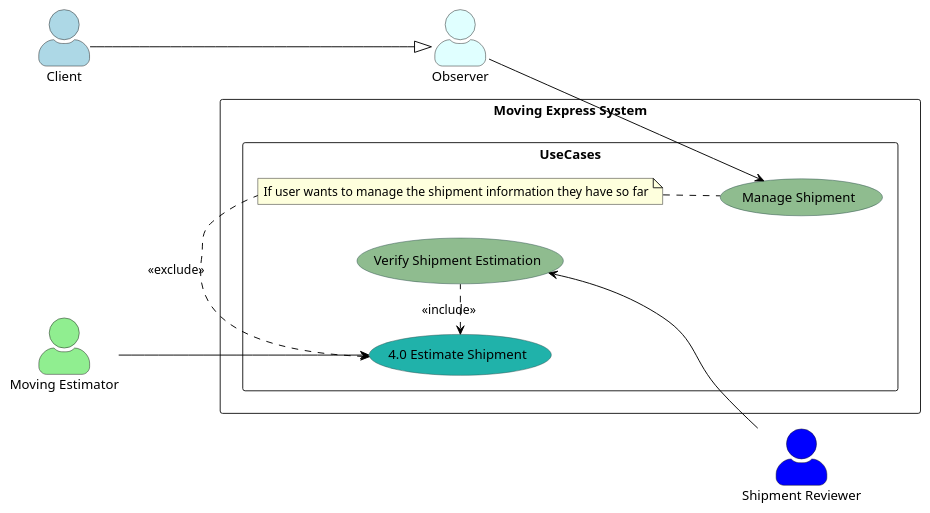
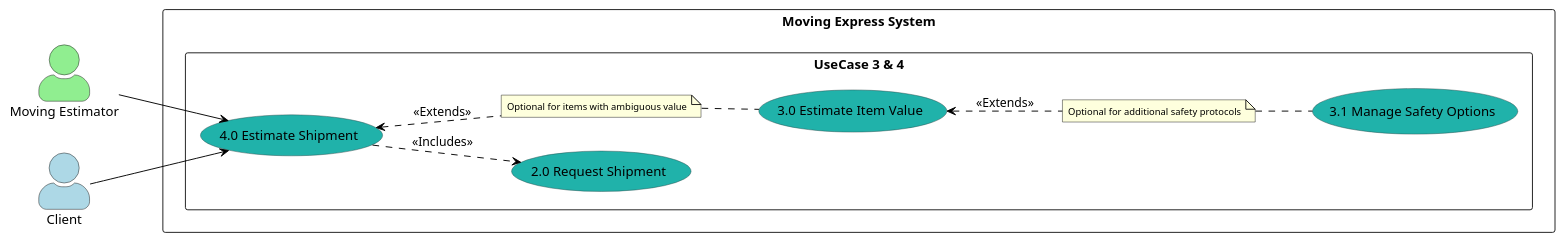
Before and after one commit to nic5694/MovingExpress: the diagram in Diagrams/UseCaseDiagrams/LoweLevel/UC4.puml, drawn with PlantUML. The commit also changed 1 other file, not shown here.

Commit message:
fused lower level use case 4 and 3

```diff
--- a/Diagrams/UseCaseDiagrams/LoweLevel/UC4.puml
+++ b/Diagrams/UseCaseDiagrams/LoweLevel/UC4.puml
@@ -1,40 +1,46 @@
 @startuml
 
 left to right direction
 skinparam actorStyle awesome
+
+skinparam note {
+ FontSize 10
+}
 skinparam usecase {
-    BackgroundColor DarkSeaGreen
-    BorderColor DarkSlateGray
-    ArrowColor Black
-    ActorBorderColor black
-    ActorFontName Courier
-    ActorBackgroundColor<< Human >> Gold
+   BackgroundColor DarkSeaGreen
+   BorderColor DarkSlateGray
+   ArrowColor Black
+   ActorBorderColor black
+   ActorBackgroundColor<< Human >> Gold
 }
 
+actor "Moving Estimator" as MovingEstimator #LightGreen
 actor Client as "Client" #LightBlue
-actor "Moving Estimator" as MovingEstimator #LightGreen
-actor "Shipment Reviewer" as ShipmentReviewer #Blue
-actor "Observer" as Observer #LightCyan
 
 rectangle "Moving Express System" {
-    rectangle UseCases {
-      usecase "4.0 Estimate Shipment" as UC4 #LightSeaGreen
-      usecase "Manage Shipment" as UC4_1
-      usecase "Verify Shipment Estimation" as UC4_2
+   rectangle "UseCase 3 & 4" {
+     usecase "2.0 Request Shipment" as UC2 #LightSeaGreen
+     usecase "4.0 Estimate Shipment" as UC4 #LightSeaGreen
+     usecase "3.0 Estimate Item Value" as UC3 #LightSeaGreen
+     usecase "3.1 Manage Safety Options" as UC3_1 #LightSeaGreen
 
-      note "If user wants to manage the shipment information they have so far" as N1
-    }
+     note "Optional for additional safety protocols" as N1
+     note "Optional for items with ambiguous value" as N2
+
+   }
 }
 
-UC4 <. N1 : <<exclude>>
-UC4 <. UC4_2 : <<include>>
-N1 .. (UC4_1)
-
-Client --|> Observer
-Observer --> UC4_1
-
+Client --> UC4
 MovingEstimator --> UC4
 
-UC4_2 <-- ShipmentReviewer
+UC4 ..> UC2 : <<Includes>>
+
+UC4 <.. N2 : <<Extends>>
+N2 .. (UC3)
+
+UC3 <.. N1 : <<Extends>>
+N1 .. (UC3_1)
+
+
 
 @enduml
```
